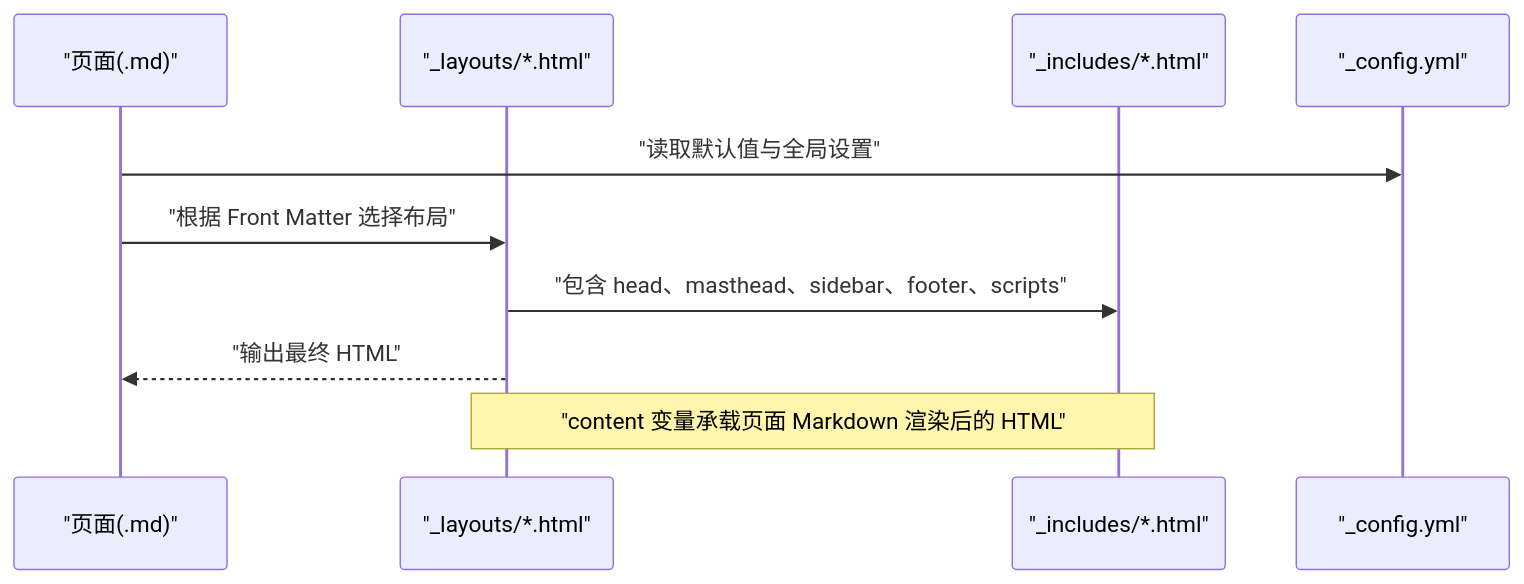
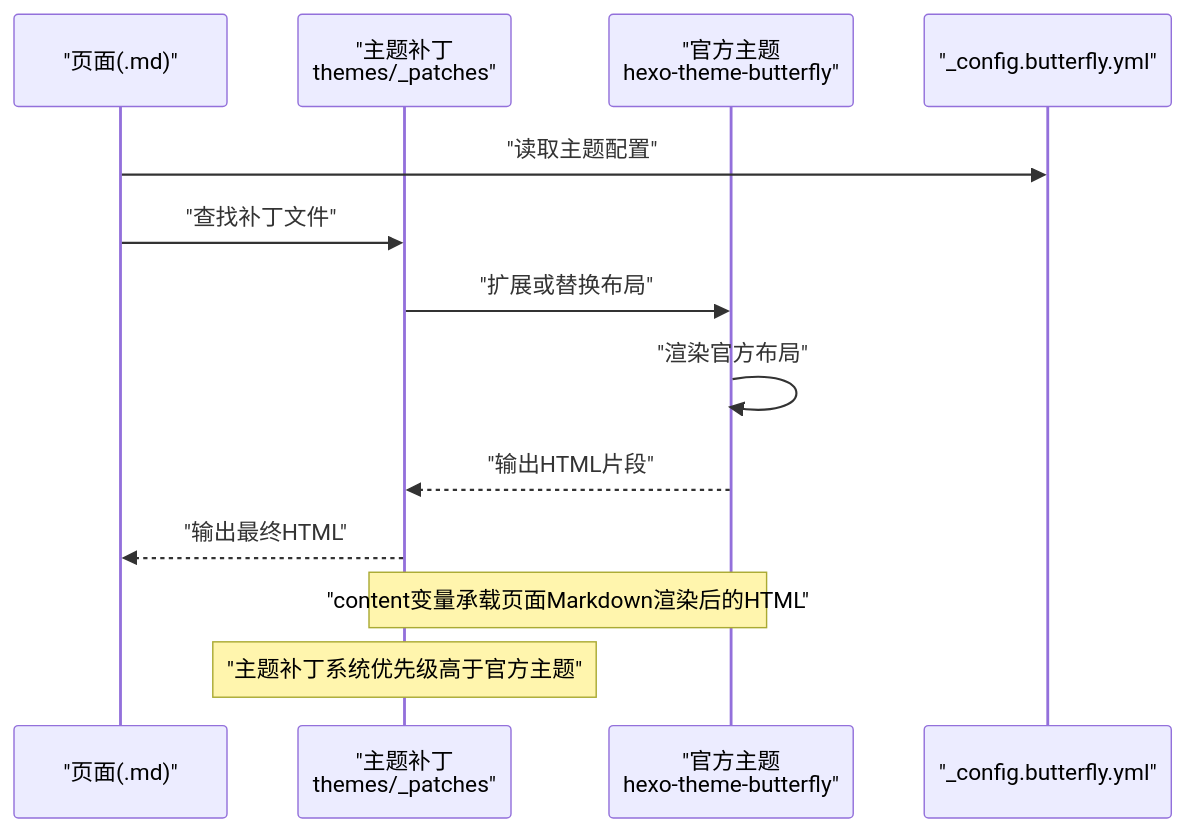
Before and after one commit to CoolPig0720/CoolPig0720.github.io: the second of 3 diagrams in .qoder/repowiki/zh/content/页面布局和模板系统/自定义开发指南.md, drawn with Mermaid. The commit also changed other lines of this file and 14 other files, not shown here.

````diff
--- a/.qoder/repowiki/zh/content/页面布局和模板系统/自定义开发指南.md
+++ b/.qoder/repowiki/zh/content/页面布局和模板系统/自定义开发指南.md
@@ -140,12 +141,15 @@
 ```mermaid
 sequenceDiagram
 participant Page as "页面(.md)"
-participant Layout as "_layouts/*.html"
-participant Includes as "_includes/*.html"
-participant Config as "_config.yml"
-Page->>Config : "读取默认值与全局设置"
-Page->>Layout : "根据 Front Matter 选择布局"
-Layout->>Includes : "包含 head、masthead、sidebar、footer、scripts"
-Layout-->>Page : "输出最终 HTML"
-Note over Layout,Includes : "content 变量承载页面 Markdown 渲染后的 HTML"
+participant Patch as "主题补丁<br/>themes/_patches"
+participant Theme as "官方主题<br/>hexo-theme-butterfly"
+participant Config as "_config.butterfly.yml"
+Page->>Config : "读取主题配置"
+Page->>Patch : "查找补丁文件"
+Patch->>Theme : "扩展或替换布局"
+Theme->>Theme : "渲染官方布局"
+Theme-->>Patch : "输出HTML片段"
+Patch-->>Page : "输出最终HTML"
+Note over Patch,Theme : "content变量承载页面Markdown渲染后的HTML"
+Note over Patch : "主题补丁系统优先级高于官方主题"
 ```
````
